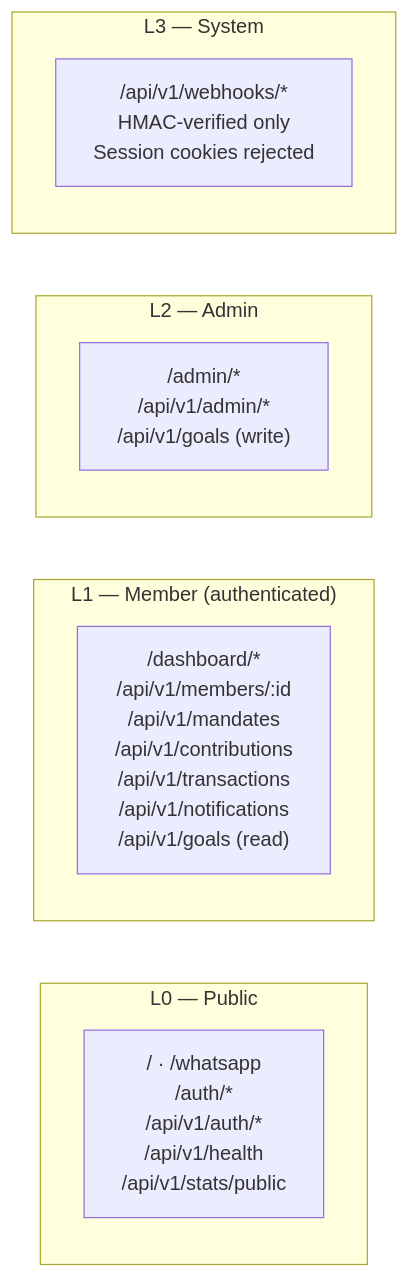
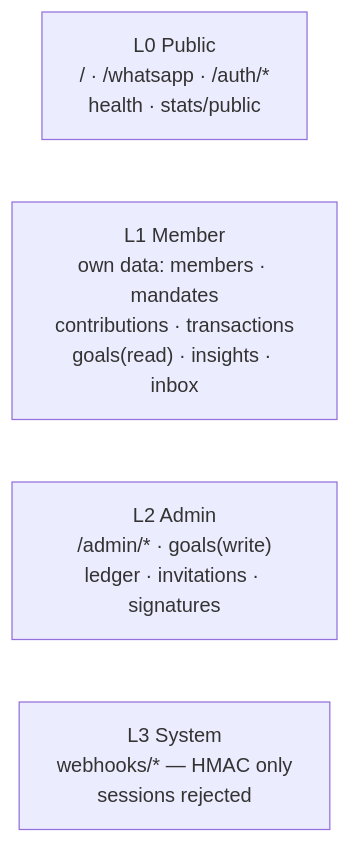
Before and after one commit to KSDRILL-SA/Xkimi-Xa-Mali: the fourth of 4 diagrams in docs/system-overview.md, drawn with Mermaid. The commit also changed other lines of this file and 2 other files, not shown here.

````diff
--- a/docs/system-overview.md
+++ b/docs/system-overview.md
@@ -221,18 +169,7 @@
 ```mermaid
 flowchart LR
-    subgraph L0["L0 — Public"]
-        R0["/ · /whatsapp\n/auth/*\n/api/v1/auth/*\n/api/v1/health\n/api/v1/stats/public"]
-    end
-
-    subgraph L1["L1 — Member (authenticated)"]
-        R1["/dashboard/*\n/api/v1/members/:id\n/api/v1/mandates\n/api/v1/contributions\n/api/v1/transactions\n/api/v1/notifications\n/api/v1/goals (read)"]
-    end
-
-    subgraph L2["L2 — Admin"]
-        R2["/admin/*\n/api/v1/admin/*\n/api/v1/goals (write)"]
-    end
-
-    subgraph L3["L3 — System"]
-        R3["/api/v1/webhooks/*\nHMAC-verified only\nSession cookies rejected"]
-    end
+    L0["L0 Public<br/>/ · /whatsapp · /auth/*<br/>health · stats/public"]
+    L1["L1 Member<br/>own data: members · mandates<br/>contributions · transactions<br/>goals(read) · insights · inbox"]
+    L2["L2 Admin<br/>/admin/* · goals(write)<br/>ledger · invitations · signatures"]
+    L3["L3 System<br/>webhooks/* — HMAC only<br/>sessions rejected"]
 ```
````
